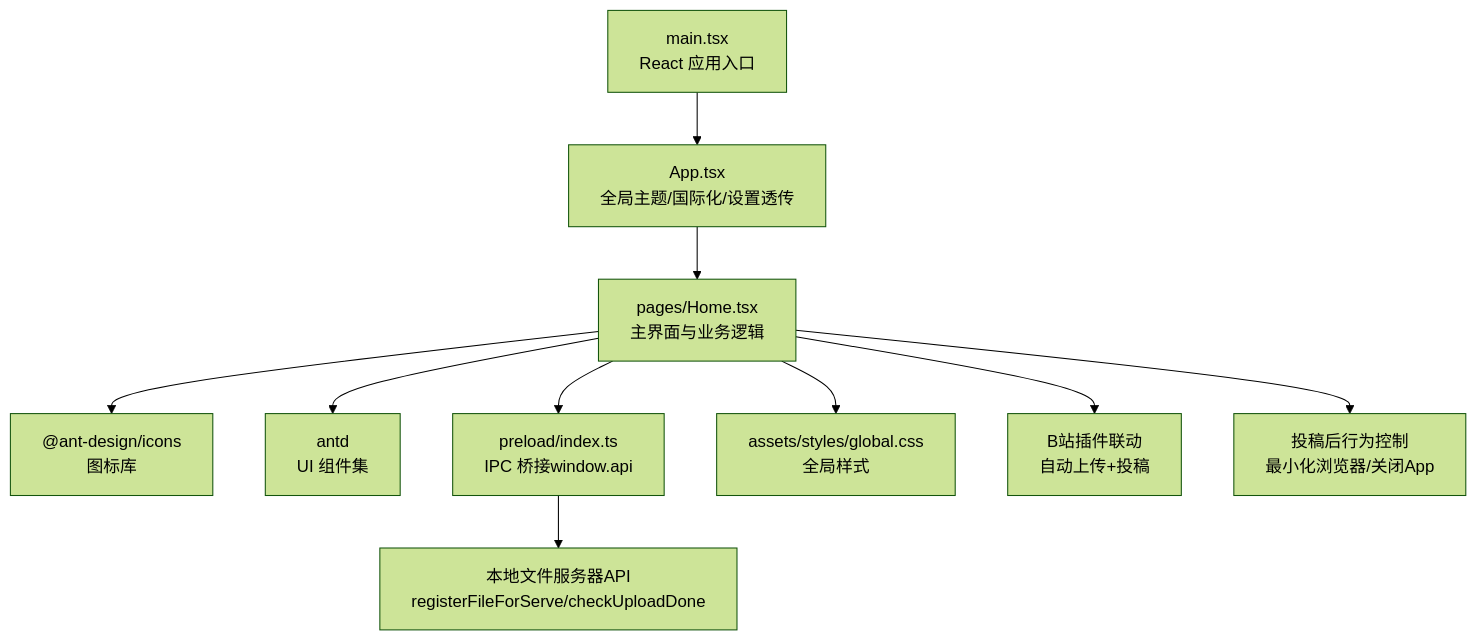
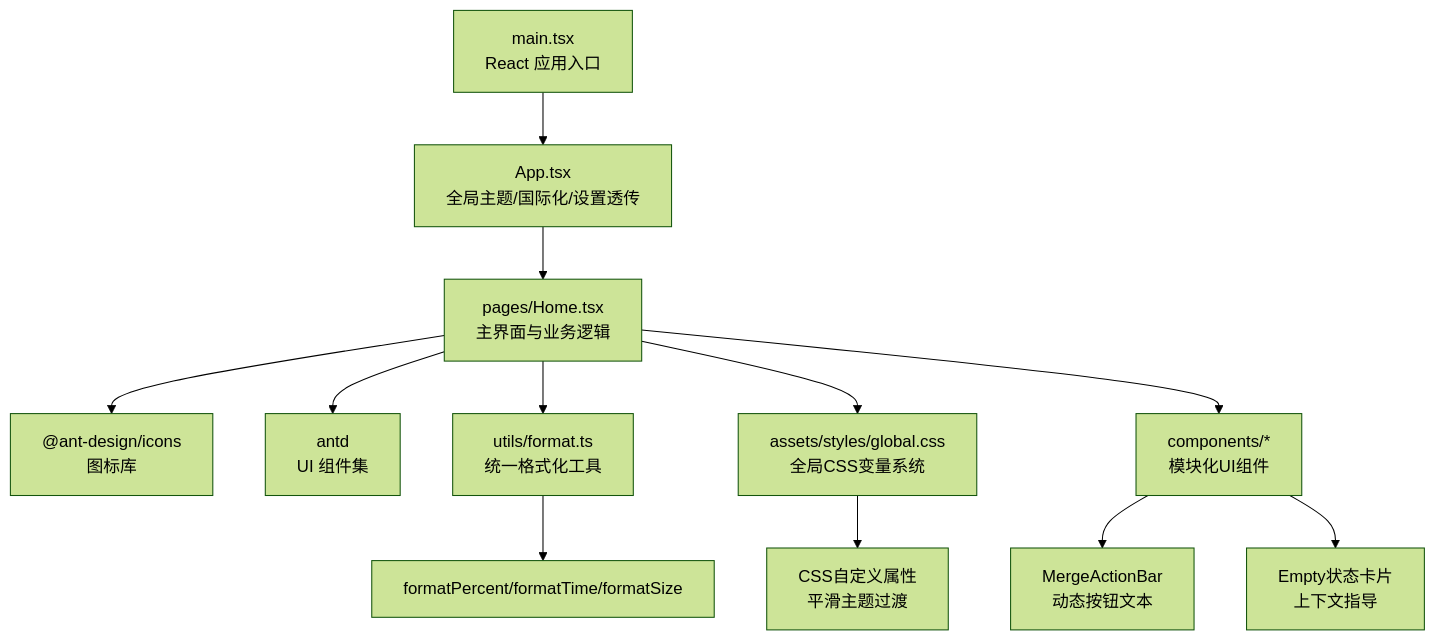
Before and after one commit to HoarfrostKimi/Video-Merger: the first of 5 diagrams in .qoder/repowiki/zh/content/用户界面.md, drawn with Mermaid (forest theme). The commit also changed other lines of this file and 43 other files, not shown here.

````diff
--- a/.qoder/repowiki/zh/content/用户界面.md
+++ b/.qoder/repowiki/zh/content/用户界面.md
@@ -41,12 +49,14 @@
 ```mermaid
 graph TB
 A["main.tsx<br/>React 应用入口"] --> B["App.tsx<br/>全局主题/国际化/设置透传"]
 B --> C["pages/Home.tsx<br/>主界面与业务逻辑"]
 C --> D["@ant-design/icons<br/>图标库"]
 C --> E["antd<br/>UI 组件集"]
-C --> F["preload/index.ts<br/>IPC 桥接window.api"]
-C --> G["assets/styles/global.css<br/>全局样式"]
-F --> H["本地文件服务器API<br/>registerFileForServe/checkUploadDone"]
-C --> I["B站插件联动<br/>自动上传+投稿"]
-C --> J["投稿后行为控制<br/>最小化浏览器/关闭App"]
+C --> F["utils/format.ts<br/>统一格式化工具"]
+C --> G["assets/styles/global.css<br/>全局CSS变量系统"]
+F --> H["formatPercent/formatTime/formatSize"]
+G --> I["CSS自定义属性<br/>平滑主题过渡"]
+C --> J["components/*<br/>模块化UI组件"]
+J --> K["MergeActionBar<br/>动态按钮文本"]
+J --> L["Empty状态卡片<br/>上下文指导"]
 ```
````
